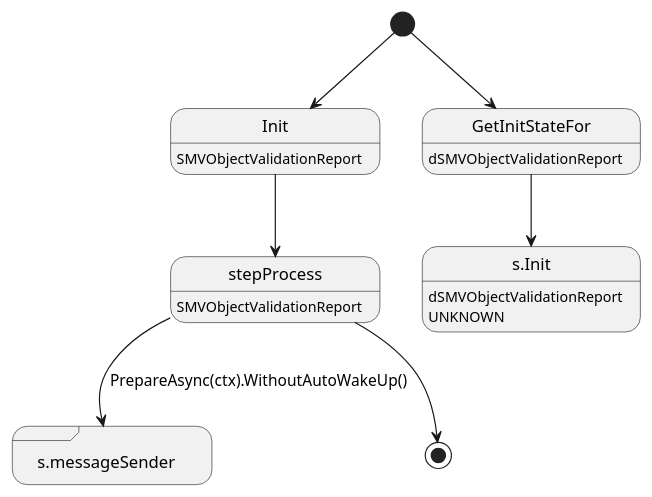
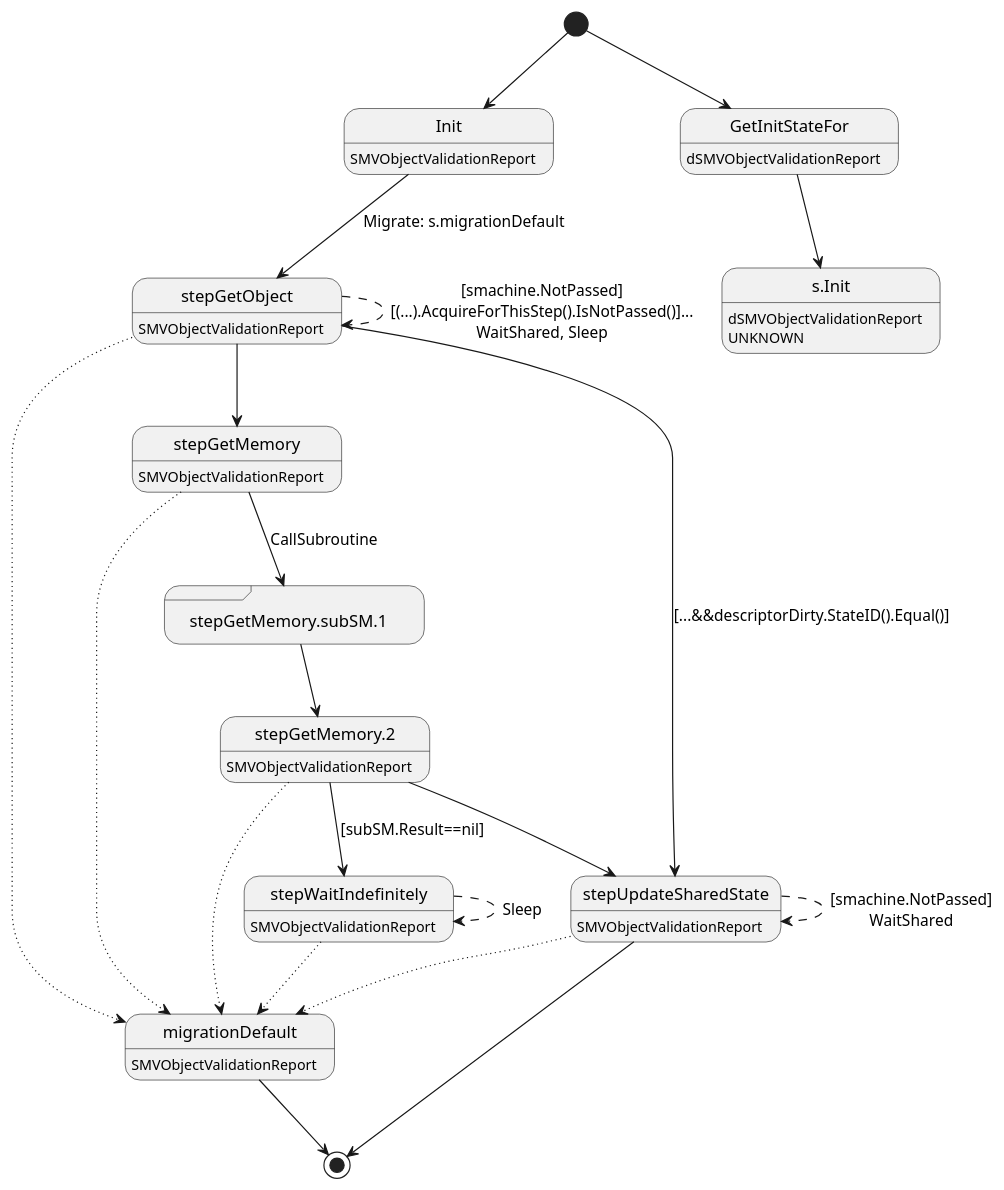
The diagram in ledger-core/virtual/handlers/vobjectvalidationreport.plantuml (insolar/assured-ledger), drawn with PlantUML before and after one commit. The commit also changed 6 other files, not shown here.

```diff
--- a/ledger-core/virtual/handlers/vobjectvalidationreport.plantuml
+++ b/ledger-core/virtual/handlers/vobjectvalidationreport.plantuml
@@ -1,18 +1,42 @@
 @startuml
-state "Init" as T01_S001
+state "Init" as T01_S002
+T01_S002 : SMVObjectValidationReport
+[*] --> T01_S002
+T01_S002 --> T01_S003 : Migrate: s.migrationDefault
+state "migrationDefault" as T01_S001
 T01_S001 : SMVObjectValidationReport
-[*] --> T01_S001
-T01_S001 --> T01_S002
-state "s.messageSender" as T01_S003 <<sdlreceive>>
-state "stepProcess" as T01_S002
-T01_S002 : SMVObjectValidationReport
-T01_S002 --> T01_S003 : PrepareAsync(ctx).WithoutAutoWakeUp()
-T01_S002 --> [*]
+T01_S001 --> [*]
+state "stepGetMemory" as T01_S005
+T01_S005 : SMVObjectValidationReport
+T01_S005 --[dotted]> T01_S001
+T01_S005 --> T01_S006 : CallSubroutine
+state "stepGetMemory.2" as T01_S007
+T01_S007 : SMVObjectValidationReport
+T01_S007 --[dotted]> T01_S001
+T01_S007 --> T01_S004 : [subSM.Result==nil]
+T01_S007 --> T01_S008
+state "stepGetMemory.subSM.1" as T01_S006 <<sdlreceive>>
+T01_S006 --> T01_S007
+state "stepGetObject" as T01_S003
+T01_S003 : SMVObjectValidationReport
+T01_S003 --[dotted]> T01_S001
+T01_S003 --[dashed]> T01_S003 : [smachine.NotPassed]\n[(...).AcquireForThisStep().IsNotPassed()]...\nWaitShared, Sleep
+T01_S003 --> T01_S008 : [...&&descriptorDirty.StateID().Equal()]
+T01_S003 --> T01_S005
+state "stepUpdateSharedState" as T01_S008
+T01_S008 : SMVObjectValidationReport
+T01_S008 --[dotted]> T01_S001
+T01_S008 --[dashed]> T01_S008 : [smachine.NotPassed]\nWaitShared
+T01_S008 --> [*]
+state "stepWaitIndefinitely" as T01_S004
+T01_S004 : SMVObjectValidationReport
+T01_S004 --[dotted]> T01_S001
+T01_S004 --[dashed]> T01_S004 : Sleep
 state "GetInitStateFor" as T00_S001
 T00_S001 : dSMVObjectValidationReport
 [*] --> T00_S001
 state "s.Init" as T00_U001
 T00_U001 : dSMVObjectValidationReport
 T00_U001 : UNKNOWN 
 T00_S001 --> T00_U001
 @enduml
```
